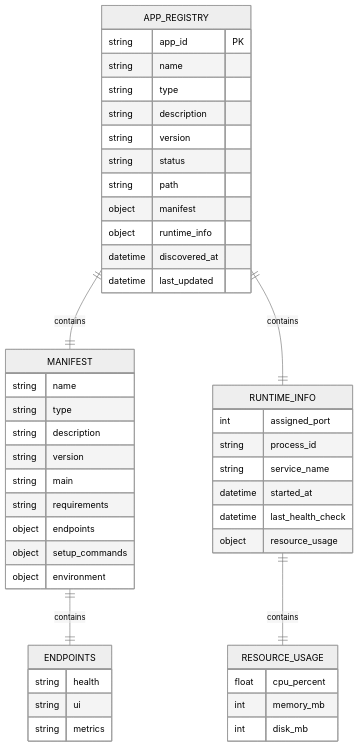
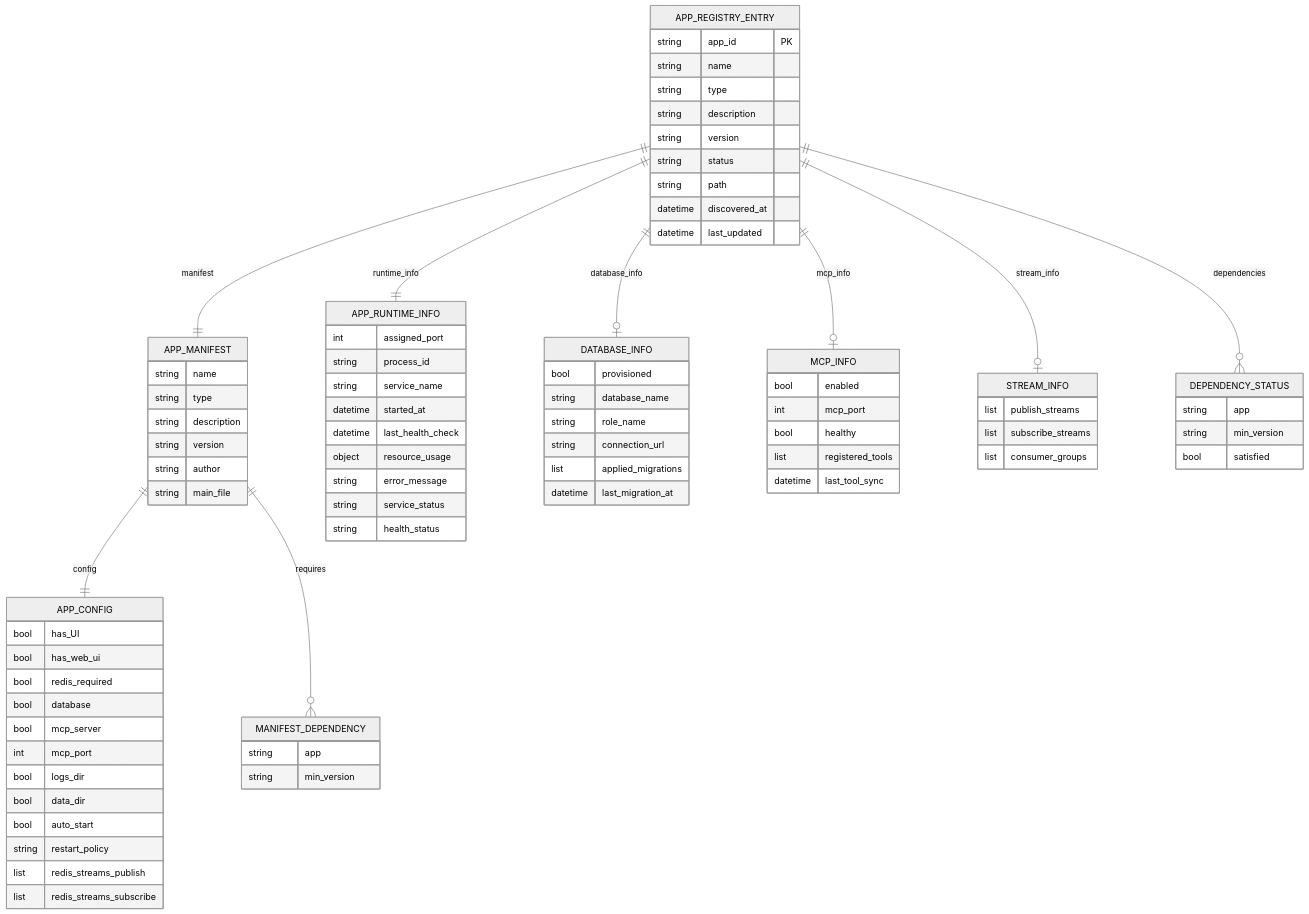
Before and after one commit to felipe-stanham/HomeHelper: the third of 6 diagrams in docs/System/dataModel.md, drawn with Mermaid (neutral theme). The commit also changed other lines of this file and 1 other file, not shown here.

Commit message:
Update system docs for P-0002 completion (Scope 9)
- dataModel.md: Replace P-0001 registry schema with full P-0002 model
  covering all new data classes; add Postgres per-app schema and Redis
  Streams data structures
- workflows.md: Add DB Provisioning/Migration and Redis Streams Setup
  flowcharts; renumber existing sections

````diff
--- a/docs/System/dataModel.md
+++ b/docs/System/dataModel.md
@@ -82,6 +84,6 @@
 ```mermaid
 erDiagram
-    APP_REGISTRY {
+    APP_REGISTRY_ENTRY {
         string app_id PK
         string name
         string type
@@ -89,47 +91,86 @@
         string version
         string status
         string path
-        object manifest
-        object runtime_info
         datetime discovered_at
         datetime last_updated
     }
-    
-    MANIFEST {
+
+    APP_MANIFEST {
         string name
         string type
         string description
         string version
-        string main
-        string requirements
-        object endpoints
-        object setup_commands
-        object environment
+        string author
+        string main_file
     }
-    
-    RUNTIME_INFO {
+
+    APP_CONFIG {
+        bool has_UI
+        bool has_web_ui
+        bool redis_required
+        bool database
+        bool mcp_server
+        int mcp_port
+        bool logs_dir
+        bool data_dir
+        bool auto_start
+        string restart_policy
+        list redis_streams_publish
+        list redis_streams_subscribe
+    }
+
+    MANIFEST_DEPENDENCY {
+        string app
+        string min_version
+    }
+
+    APP_RUNTIME_INFO {
         int assigned_port
         string process_id
         string service_name
         datetime started_at
         datetime last_health_check
         object resource_usage
+        string error_message
+        string service_status
+        string health_status
     }
-    
-    ENDPOINTS {
-        string health
-        string ui
-        string metrics
+
+    DATABASE_INFO {
+        bool provisioned
+        string database_name
+        string role_name
+        string connection_url
+        list applied_migrations
+        datetime last_migration_at
     }
-    
-    RESOURCE_USAGE {
-        float cpu_percent
-        int memory_mb
-        int disk_mb
+
+    MCP_INFO {
+        bool enabled
+        int mcp_port
+        bool healthy
+        list registered_tools
+        datetime last_tool_sync
     }
-    
-    APP_REGISTRY ||--|| MANIFEST : contains
-    APP_REGISTRY ||--|| RUNTIME_INFO : contains
-    MANIFEST ||--|| ENDPOINTS : contains
-    RUNTIME_INFO ||--|| RESOURCE_USAGE : contains
+
+    STREAM_INFO {
+        list publish_streams
+        list subscribe_streams
+        list consumer_groups
+    }
+
+    DEPENDENCY_STATUS {
+        string app
+        string min_version
+        bool satisfied
+    }
+
+    APP_REGISTRY_ENTRY ||--|| APP_MANIFEST : manifest
+    APP_REGISTRY_ENTRY ||--|| APP_RUNTIME_INFO : runtime_info
+    APP_REGISTRY_ENTRY ||--o| DATABASE_INFO : database_info
+    APP_REGISTRY_ENTRY ||--o| MCP_INFO : mcp_info
+    APP_REGISTRY_ENTRY ||--o| STREAM_INFO : stream_info
+    APP_REGISTRY_ENTRY ||--o{ DEPENDENCY_STATUS : dependencies
+    APP_MANIFEST ||--|| APP_CONFIG : config
+    APP_MANIFEST ||--o{ MANIFEST_DEPENDENCY : requires
 ```
````
